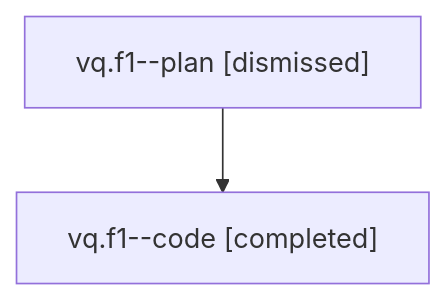
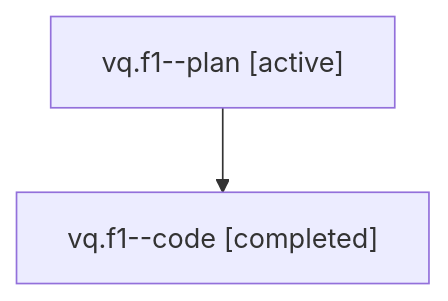
The diagram in families/bbugyi200.athena.vq.f1.md (sase-org/sase--agents), drawn with Mermaid before and after one commit. The commit also changed other lines of this file and 35830 other files, not shown here.

````diff
--- a/families/bbugyi200.athena.vq.f1.md
+++ b/families/bbugyi200.athena.vq.f1.md
@@ -9,6 +9,6 @@
 ```mermaid
 flowchart TD
-  n0["vq.f1--plan [dismissed]"]
+  n0["vq.f1--plan [active]"]
   n1["vq.f1--code [completed]"]
   n0 --> n1
 ```
````
